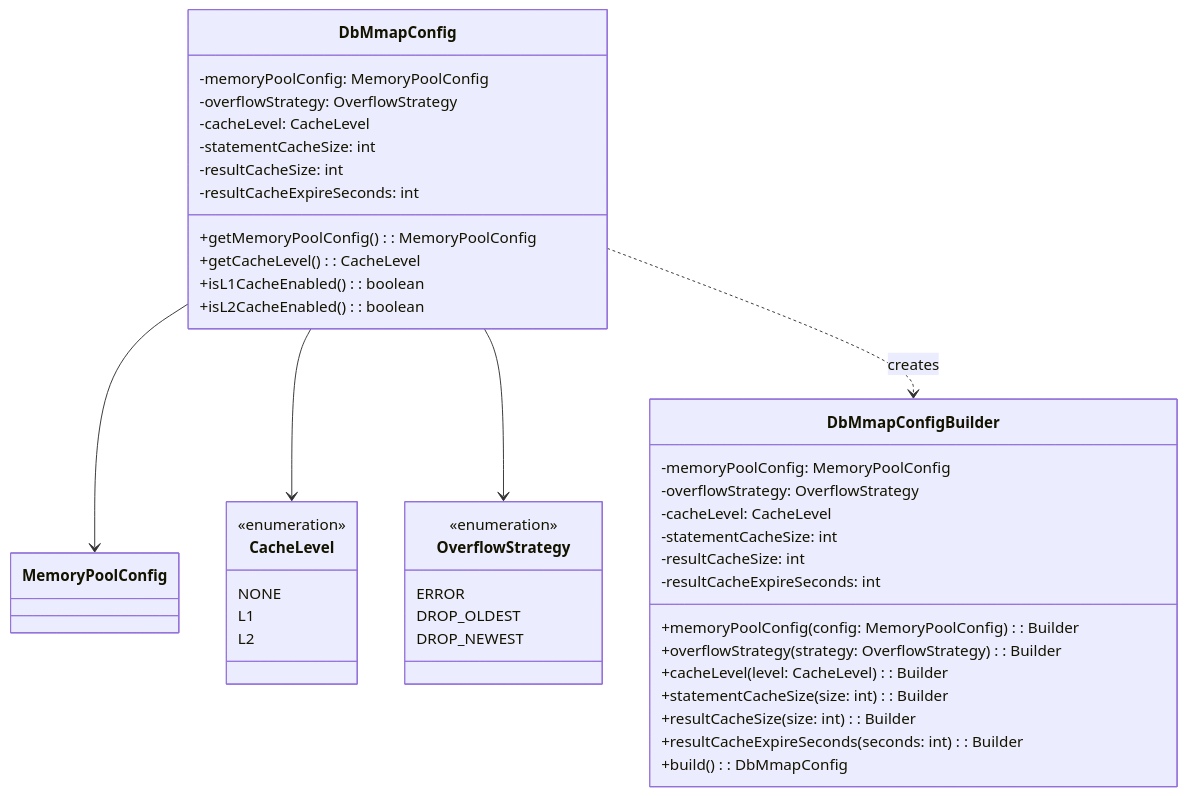
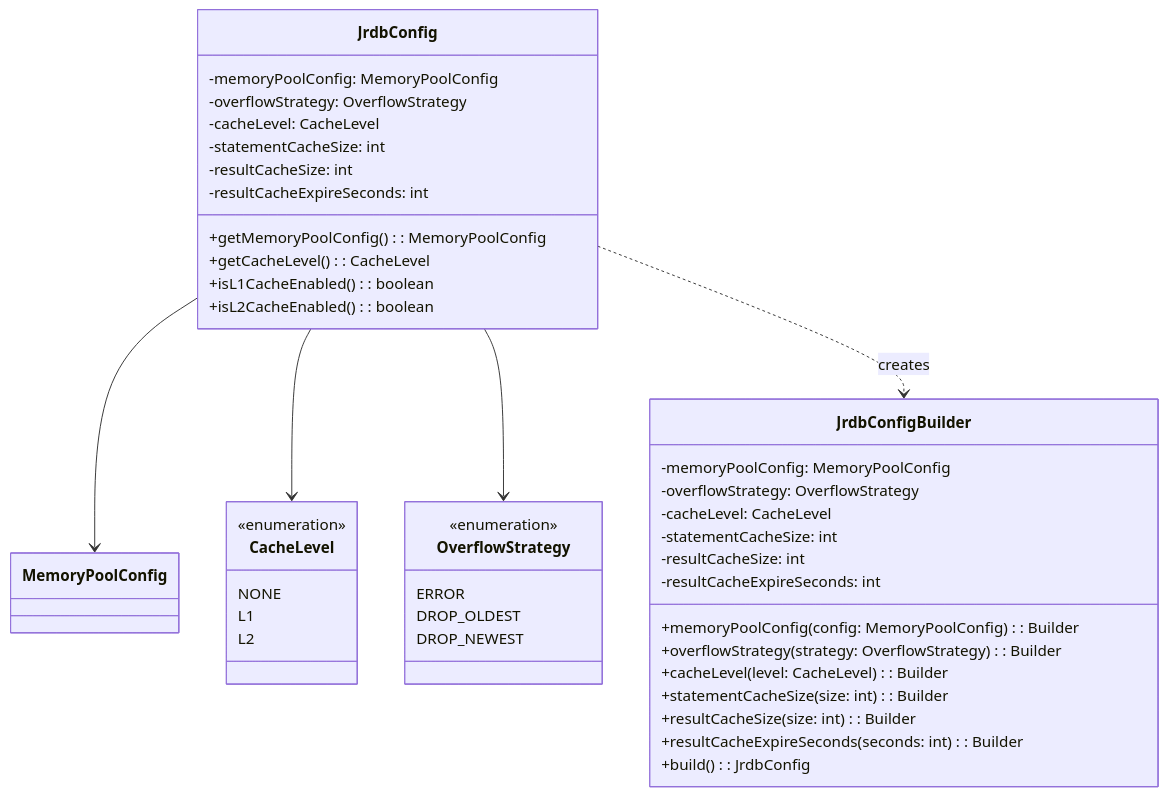
One commit to itcraft-cn/jrdb changed the first of 2 diagrams in doc/deconstruct/design_config/design.md. Above: the diagram before and after it, drawn with Mermaid. The commit also changed other lines of this file and 296 other files, not shown here.

````diff
--- a/doc/deconstruct/design_config/design.md
+++ b/doc/deconstruct/design_config/design.md
@@ -9,51 +9,51 @@
 ```mermaid
 classDiagram
-    class DbMmapConfig {
+    class JrdbConfig {
         -memoryPoolConfig: MemoryPoolConfig
         -overflowStrategy: OverflowStrategy
         -cacheLevel: CacheLevel
         -statementCacheSize: int
         -resultCacheSize: int
         -resultCacheExpireSeconds: int
         +getMemoryPoolConfig(): MemoryPoolConfig
         +getCacheLevel(): CacheLevel
         +isL1CacheEnabled(): boolean
         +isL2CacheEnabled(): boolean
     }
     
     class CacheLevel {
         <<enumeration>>
         NONE
         L1
         L2
     }
     
     class OverflowStrategy {
         <<enumeration>>
         ERROR
         DROP_OLDEST
         DROP_NEWEST
     }
     
-    DbMmapConfig --> MemoryPoolConfig
-    DbMmapConfig --> CacheLevel
-    DbMmapConfig --> OverflowStrategy
+    JrdbConfig --> MemoryPoolConfig
+    JrdbConfig --> CacheLevel
+    JrdbConfig --> OverflowStrategy
     
-    class DbMmapConfigBuilder {
+    class JrdbConfigBuilder {
         -memoryPoolConfig: MemoryPoolConfig
         -overflowStrategy: OverflowStrategy
         -cacheLevel: CacheLevel
         -statementCacheSize: int
         -resultCacheSize: int
         -resultCacheExpireSeconds: int
         +memoryPoolConfig(config: MemoryPoolConfig): Builder
         +overflowStrategy(strategy: OverflowStrategy): Builder
         +cacheLevel(level: CacheLevel): Builder
         +statementCacheSize(size: int): Builder
         +resultCacheSize(size: int): Builder
         +resultCacheExpireSeconds(seconds: int): Builder
-        +build(): DbMmapConfig
+        +build(): JrdbConfig
     }
     
-    DbMmapConfig ..> DbMmapConfigBuilder : creates
+    JrdbConfig ..> JrdbConfigBuilder : creates
 ```
````
